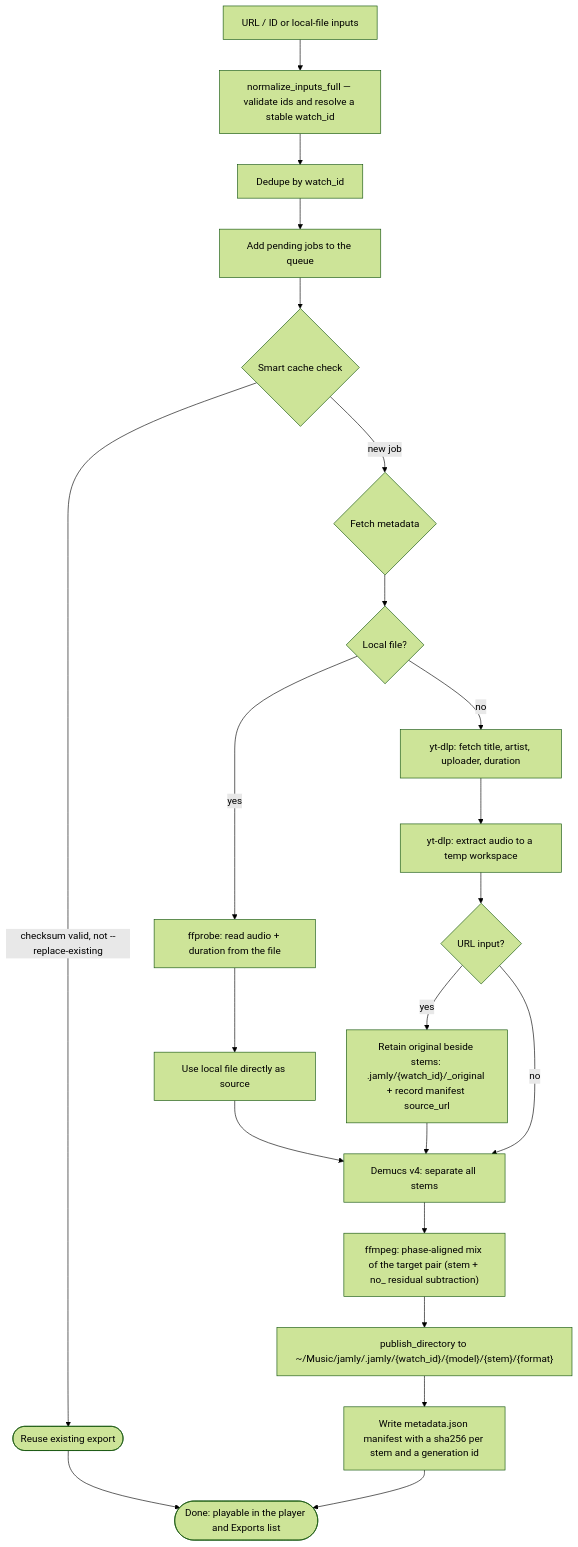
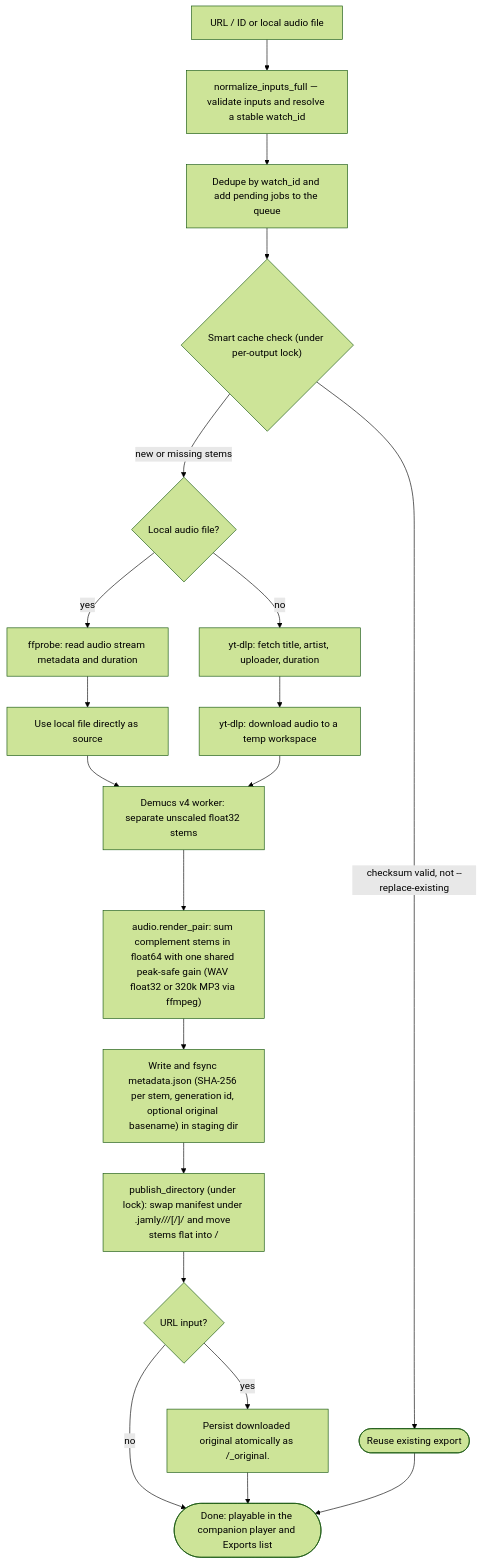
Before and after one commit to kurtisnotcurtis/jamly: the diagram in PROCESSING-PIPELINE.md, drawn with Mermaid (forest theme). The commit also changed other lines of this file and 2 other files, not shown here.

Commit message:
Align pipeline docs, README, and changelog with current processing behavior

````diff
--- a/PROCESSING-PIPELINE.md
+++ b/PROCESSING-PIPELINE.md
@@ -5,24 +5,22 @@
 ```mermaid
 flowchart TD
-    A["URL / ID or local-file inputs"] --> B["normalize_inputs_full — validate ids and resolve a stable watch_id"]
-    B --> C["Dedupe by watch_id"]
-    C --> Q["Add pending jobs to the queue"]
-    Q --> P{"Smart cache check"}
+    A["URL / ID or local audio file"] --> B["normalize_inputs_full — validate inputs and resolve a stable watch_id"]
+    B --> C["Dedupe by watch_id and add pending jobs to the queue"]
+    C --> P{"Smart cache check (under per-output lock)"}
     P -- "checksum valid, not --replace-existing" --> S(["Reuse existing export"])
-    P -- "new job" --> M{"Fetch metadata"}
-    M --> L{Local file?}
-    L -- yes --> F1["ffprobe: read audio + duration from the file"]
-    L -- no --> F2["yt-dlp: fetch title, artist, uploader, duration"]
-    F2 --> D["yt-dlp: extract audio to a temp workspace"]
-    F1 --> D2["Use local file directly as source"]
-    D --> R{URL input?}
-    R -- yes --> O["Retain original beside stems: .jamly/{watch_id}/<name>_original + record manifest source_url"]
-    R -- no --> SE["Demucs v4: separate all stems"]
+    P -- "new or missing stems" --> M{"Local audio file?"}
+    M -- yes --> F1["ffprobe: read audio stream metadata and duration"]
+    M -- no --> F2["yt-dlp: fetch title, artist, uploader, duration"]
+    F1 --> D1["Use local file directly as source"]
+    F2 --> D2["yt-dlp: download audio to a temp workspace"]
+    D1 --> SE["Demucs v4 worker: separate unscaled float32 stems"]
     D2 --> SE
-    O --> SE
-    SE --> MIX["ffmpeg: phase-aligned mix of the target pair (stem + no_<stem> residual subtraction)"]
-    MIX --> PUB["publish_directory to ~/Music/jamly/.jamly/{watch_id}/{model}/{stem}/{format}"]
-    PUB --> MANI["Write metadata.json manifest with a sha256 per stem and a generation id"]
-    MANI --> DONE(["Done: playable in the player and Exports list"])
+    SE --> MIX["audio.render_pair: sum complement stems in float64 with one shared peak-safe gain (WAV float32 or 320k MP3 via ffmpeg)"]
+    MIX --> MANI["Write and fsync metadata.json (SHA-256 per stem, generation id, optional original basename) in staging dir"]
+    MANI --> PUB["publish_directory (under lock): swap manifest under .jamly/<id>/<model>/[<stem>/]<format>/ and move stems flat into <output>/"]
+    PUB --> ORIG{"URL input?"}
+    ORIG -- yes --> RET["Persist downloaded original atomically as <output>/<prefix>_original.<ext>"]
+    ORIG -- no --> DONE(["Done: playable in the companion player and Exports list"])
+    RET --> DONE
     S --> DONE
 ```
````
